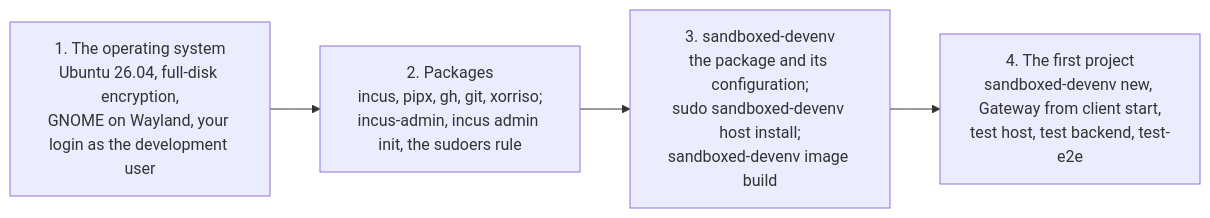
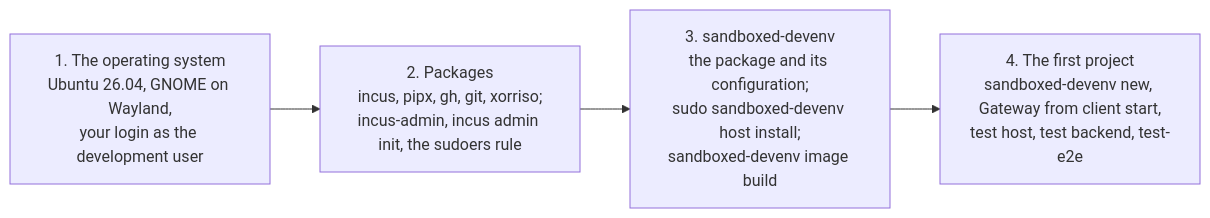
Before and after one commit to jeffsw/sandboxed_devenv: the diagram in docs/linux-laptop-install.md, drawn with Mermaid. The commit also changed other lines of this file and 1 other file, not shown here.

Commit message:
Install guide: generic about the machine; no hardware, disk layout or encryption specifics

````diff
--- a/docs/linux-laptop-install.md
+++ b/docs/linux-laptop-install.md
@@ -10,8 +11,8 @@
 ```mermaid
 flowchart LR
-  os["1. The operating system<br/>Ubuntu 26.04, full-disk encryption,<br/>GNOME on Wayland, your login as the development user"]
+  os["1. The operating system<br/>Ubuntu 26.04, GNOME on Wayland,<br/>your login as the development user"]
   pkgs["2. Packages<br/>incus, pipx, gh, git, xorriso;<br/>incus-admin, incus admin init, the sudoers rule"]
   tool["3. sandboxed-devenv<br/>the package and its configuration;<br/>sudo sandboxed-devenv host install;<br/>sandboxed-devenv image build"]
   first["4. The first project<br/>sandboxed-devenv new, Gateway from client start,<br/>test host, test backend, test-e2e"]
   os --> pkgs --> tool --> first
 ```
````
